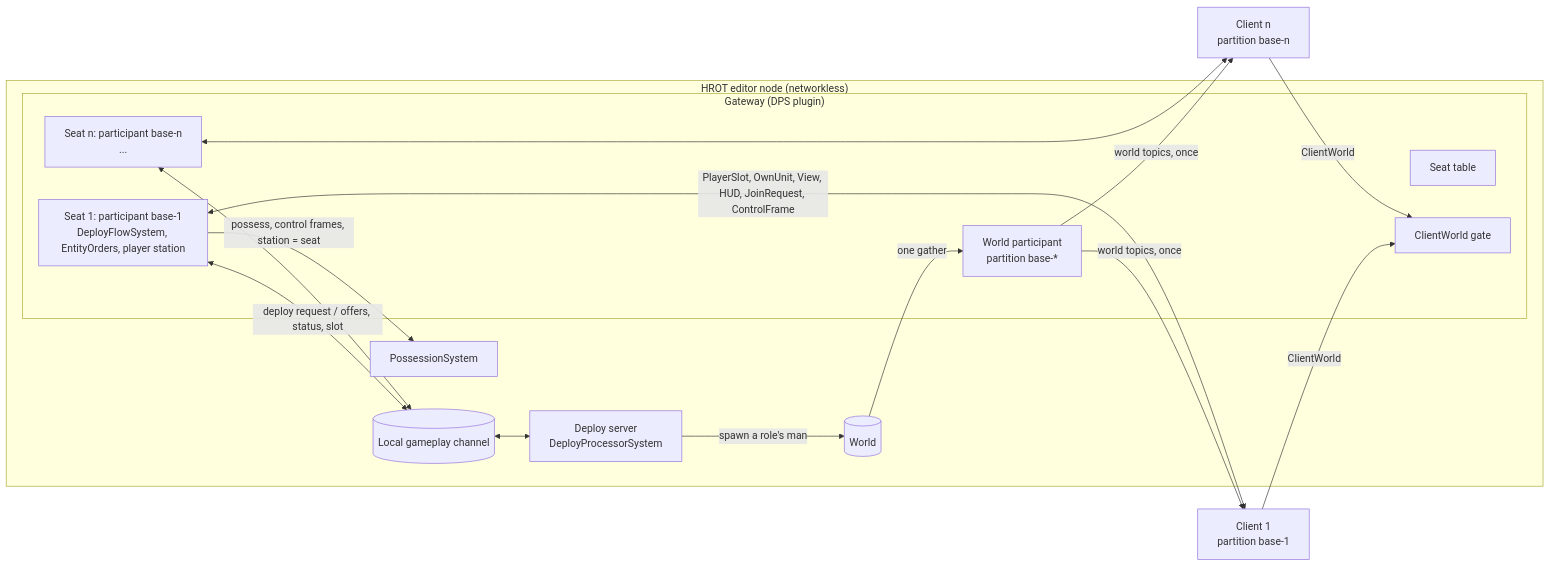
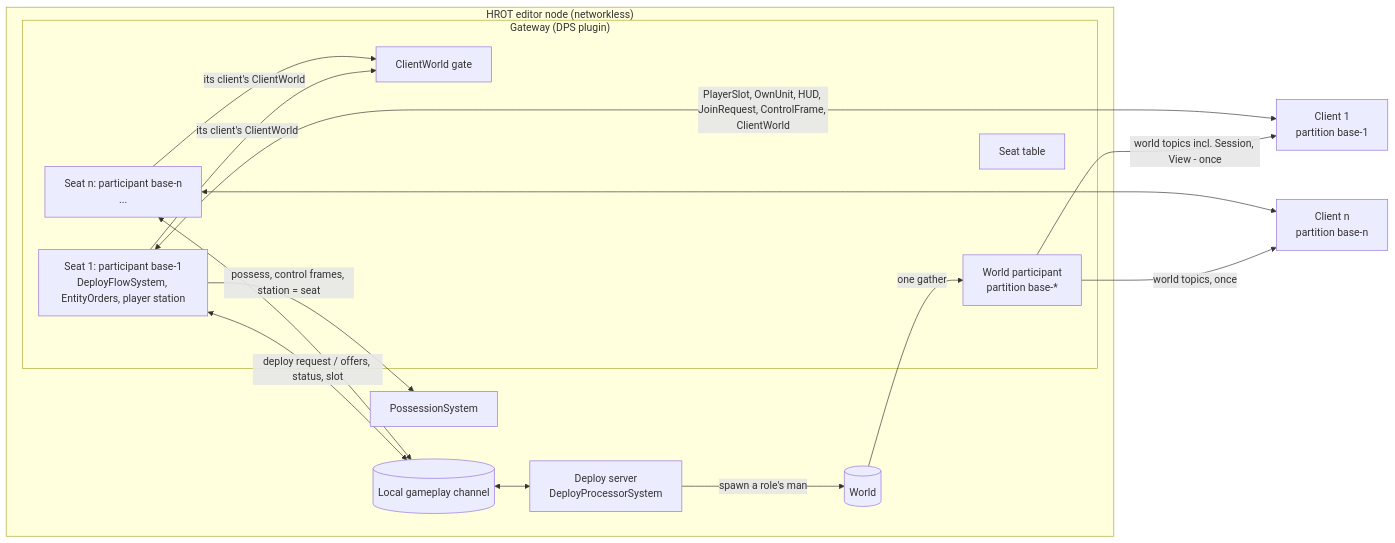
Before and after one commit to pjanec/SimNetGateway: the first of 5 diagrams in docs/design/DD-023-Dps-Multiple-Players.md, drawn with Mermaid. The commit also changed other lines of this file, not shown here.

````diff
--- a/docs/design/DD-023-Dps-Multiple-Players.md
+++ b/docs/design/DD-023-Dps-Multiple-Players.md
@@ -28,30 +28,30 @@
 ```mermaid
 flowchart LR
     subgraph Editor["HROT editor node (networkless)"]
         DS[Deploy server<br/>DeployProcessorSystem]
         LC[(Local gameplay channel)]
         PS[PossessionSystem]
         W[(World)]
         subgraph GW["Gateway (DPS plugin)"]
             WT[World participant<br/>partition base-*]
             ST[Seat table]
             S1[Seat 1: participant base-1<br/>DeployFlowSystem, EntityOrders, player station]
             S2[Seat n: participant base-n<br/>...]
             CW[ClientWorld gate]
         end
     end
     U1[Client 1<br/>partition base-1]
     U2[Client n<br/>partition base-n]
     W -->|one gather| WT
-    WT -->|world topics, once| U1
+    WT -->|world topics incl. Session, View - once| U1
     WT -->|world topics, once| U2
-    S1 <-->|PlayerSlot, OwnUnit, View, HUD, JoinRequest, ControlFrame| U1
+    S1 <-->|PlayerSlot, OwnUnit, HUD, JoinRequest, ControlFrame, ClientWorld| U1
     S2 <--> U2
     S1 <-->|deploy request / offers, status, slot| LC
     S2 <--> LC
     LC <--> DS
     S1 -->|possess, control frames, station = seat| PS
     DS -->|spawn a role's man| W
-    U1 -->|ClientWorld| CW
-    U2 -->|ClientWorld| CW
+    S1 -->|its client's ClientWorld| CW
+    S2 -->|its client's ClientWorld| CW
 ```
````
